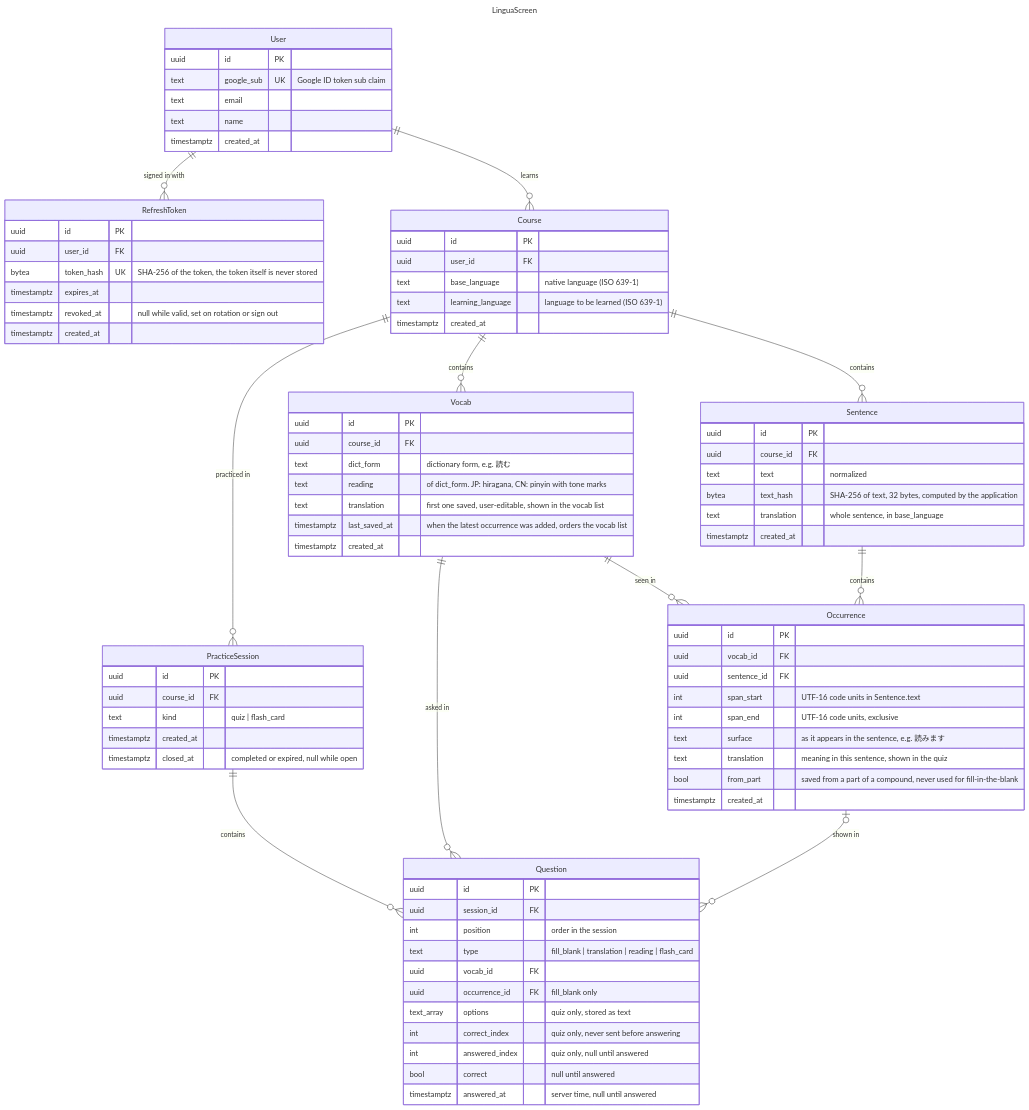
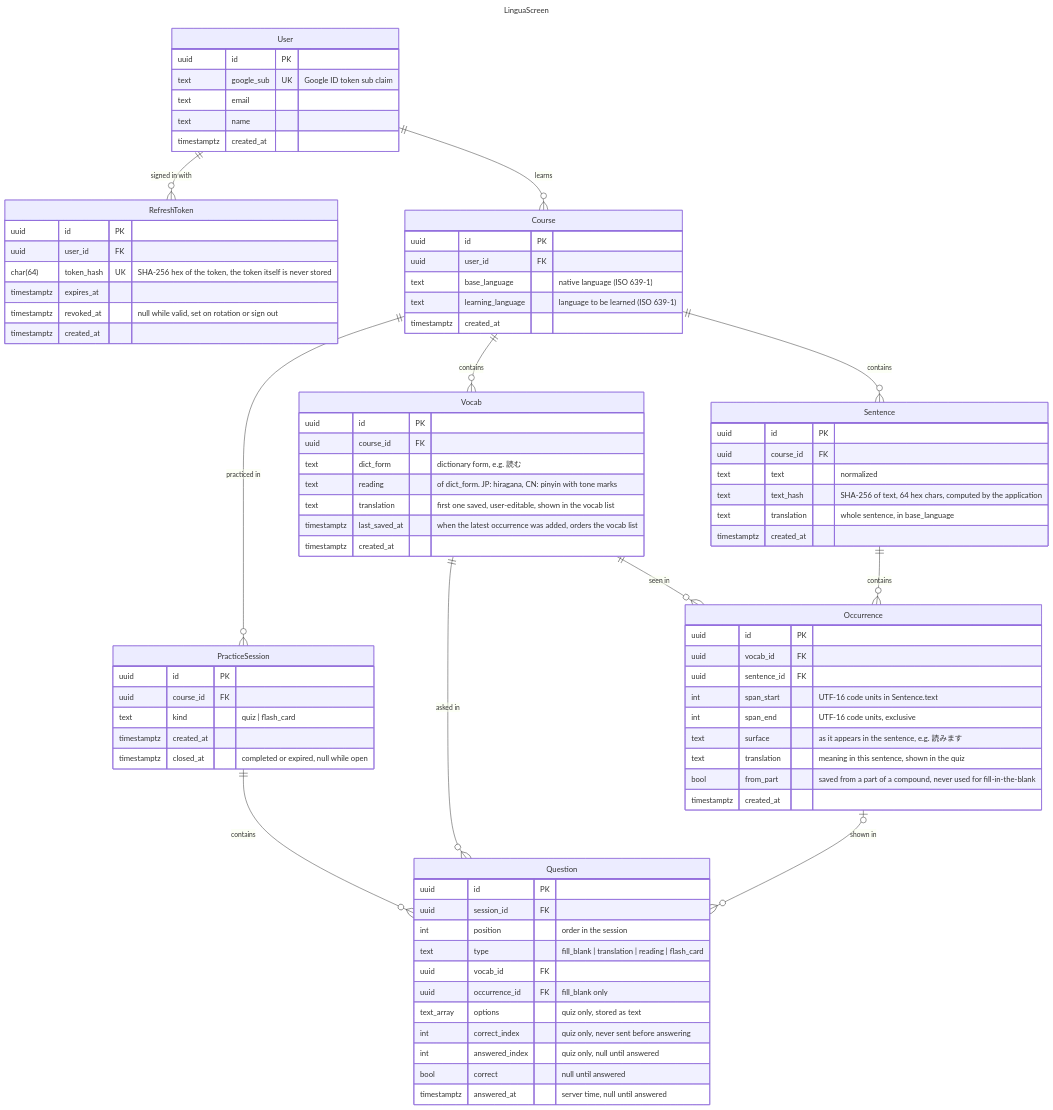
Before and after one commit to KrisNathan/linguascreen-api-go: the diagram in docs/erd.mmd, drawn with Mermaid.

Commit message:
docs: store token and text hashes as hex in erd

```diff
--- a/docs/erd.mmd
+++ b/docs/erd.mmd
@@ -1,102 +1,102 @@
 ---
 title: LinguaScreen
 ---
 
 erDiagram
   User ||--o{ RefreshToken : "signed in with"
   User ||--o{ Course : "learns"
   Course ||--o{ Vocab : "contains"
   Course ||--o{ Sentence : "contains"
   Vocab ||--o{ Occurrence : "seen in"
   Sentence ||--o{ Occurrence : "contains"
   Course ||--o{ PracticeSession : "practiced in"
   PracticeSession ||--o{ Question : "contains"
   Vocab ||--o{ Question : "asked in"
   Occurrence |o--o{ Question : "shown in"
 
   User {
     uuid id PK
     text google_sub UK "Google ID token sub claim"
     text email
     text name
     timestamptz created_at
   }
 
   RefreshToken {
     uuid id PK
     uuid user_id FK
-    bytea token_hash UK "SHA-256 of the token, the token itself is never stored"
+    char(64) token_hash UK "SHA-256 hex of the token, the token itself is never stored"
     timestamptz expires_at
     timestamptz revoked_at "null while valid, set on rotation or sign out"
     timestamptz created_at
   }
 
   %% unique (user_id, learning_language, base_language)
   Course {
     uuid id PK
     uuid user_id FK
     text base_language "native language (ISO 639-1)"
     text learning_language "language to be learned (ISO 639-1)"
     timestamptz created_at
   }
 
   %% unique (course_id, dict_form, reading)
   %% index (course_id, last_saved_at desc, id desc) for the vocab list
   %% progress (new / learning / known, streak, due) is derived from answered Questions, never stored
   Vocab {
     uuid id PK
     uuid course_id FK
     text dict_form "dictionary form, e.g. 読む"
     text reading "of dict_form. JP: hiragana, CN: pinyin with tone marks"
     text translation "first one saved, user-editable, shown in the vocab list"
     timestamptz last_saved_at "when the latest occurrence was added, orders the vocab list"
     timestamptz created_at
   }
 
   %% unique (course_id, text_hash)
   Sentence {
     uuid id PK
     uuid course_id FK
     text text "normalized"
-    bytea text_hash "SHA-256 of text, 32 bytes, computed by the application"
+    text text_hash "SHA-256 of text, 64 hex chars, computed by the application"
     text translation "whole sentence, in base_language"
     timestamptz created_at
   }
 
   %% unique (vocab_id, sentence_id, span_start)
   Occurrence {
     uuid id PK
     uuid vocab_id FK
     uuid sentence_id FK
     int span_start "UTF-16 code units in Sentence.text"
     int span_end "UTF-16 code units, exclusive"
     text surface "as it appears in the sentence, e.g. 読みます"
     text translation "meaning in this sentence, shown in the quiz"
     bool from_part "saved from a part of a compound, never used for fill-in-the-blank"
     timestamptz created_at
   }
 
   %% unique (course_id, kind) where closed_at is null
   PracticeSession {
     uuid id PK
     uuid course_id FK
     text kind "quiz | flash_card"
     timestamptz created_at
     timestamptz closed_at "completed or expired, null while open"
   }
 
   %% answered questions are the only source of scheduling
   %% index (vocab_id, answered_at) where answered_at is not null
   Question {
     uuid id PK
     uuid session_id FK
     int position "order in the session"
     text type "fill_blank | translation | reading | flash_card"
     uuid vocab_id FK
     uuid occurrence_id FK "fill_blank only"
     text_array options "quiz only, stored as text"
     int correct_index "quiz only, never sent before answering"
     int answered_index "quiz only, null until answered"
     bool correct "null until answered"
     timestamptz answered_at "server time, null until answered"
   }
```
